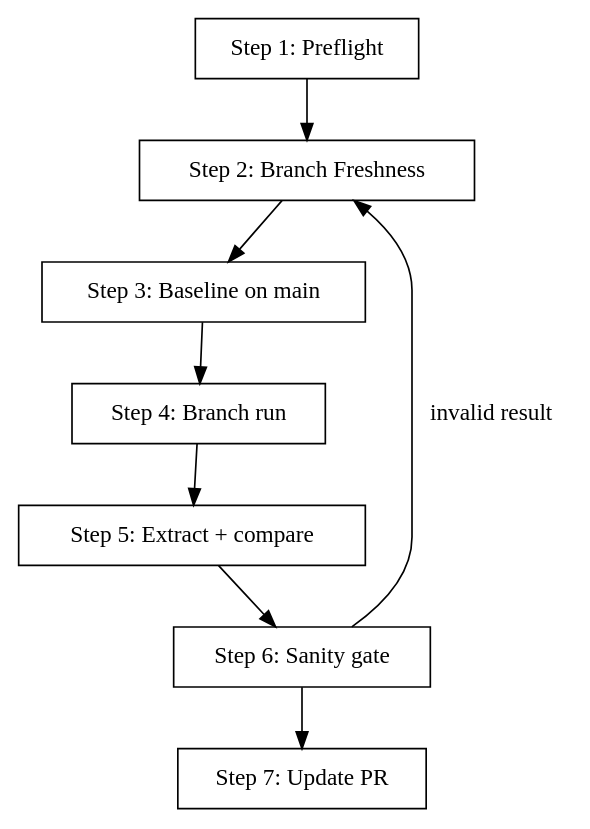
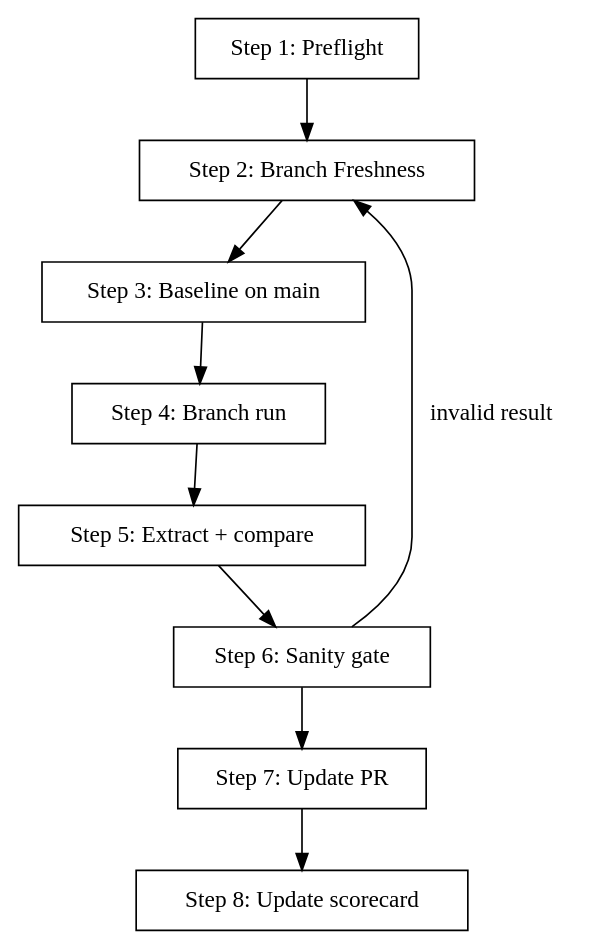
The diagram in skills/tr.perf-eval/SKILL.md (relh/metta), drawn with Graphviz before and after one commit. The commit also changed other lines of this file and 6 other files, not shown here.

````diff
--- a/skills/tr.perf-eval/SKILL.md
+++ b/skills/tr.perf-eval/SKILL.md
@@ -19,17 +19,18 @@
 ```dot
 digraph perf_eval {
   rankdir=TB;
   node [shape=box];
 
   preflight [label="Step 1: Preflight"];
   freshness [label="Step 2: Branch Freshness"];
   baseline [label="Step 3: Baseline on main"];
   branch [label="Step 4: Branch run"];
   extract [label="Step 5: Extract + compare"];
   sanity [label="Step 6: Sanity gate"];
   publish [label="Step 7: Update PR"];
+  scorecard [label="Step 8: Update scorecard"];
 
-  preflight -> freshness -> baseline -> branch -> extract -> sanity -> publish;
+  preflight -> freshness -> baseline -> branch -> extract -> sanity -> publish -> scorecard;
   sanity -> freshness [label="invalid result"];
 }
 ```
````
